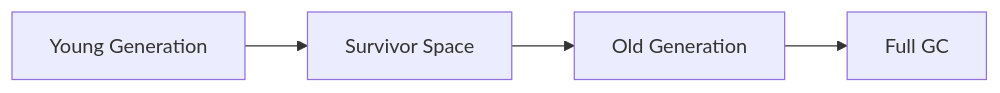
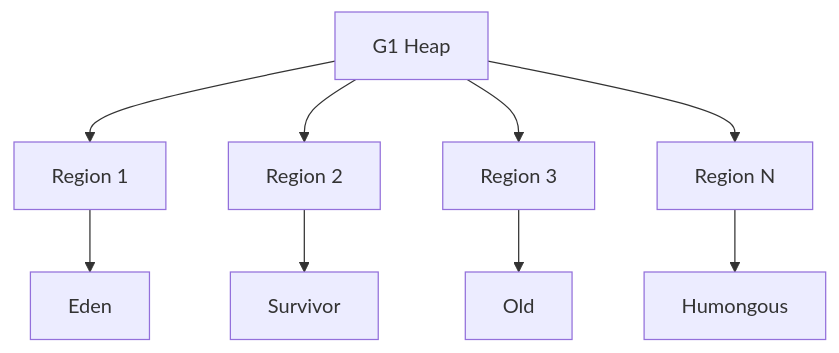
The second of 2 diagrams in garbage-collection-algorithms/README.md (VrushankPatel/interview-matters), drawn with Mermaid before and after one commit. The commit also changed other lines of this file and 5 other files, not shown here.

````diff
--- a/garbage-collection-algorithms/README.md
+++ b/garbage-collection-algorithms/README.md
@@ -71,6 +81,12 @@
 ```mermaid
-graph LR
-    A[Young Generation] --> B[Survivor Space]
-    B --> C[Old Generation]
-    C --> D[Full GC]
+graph TD
+    A[G1 Heap] --> B[Region 1]
+    A --> C[Region 2]
+    A --> D[Region 3]
+    A --> E[Region N]
+    
+    B --> F[Eden]
+    C --> G[Survivor]
+    D --> H[Old]
+    E --> I[Humongous]
 ```
````
